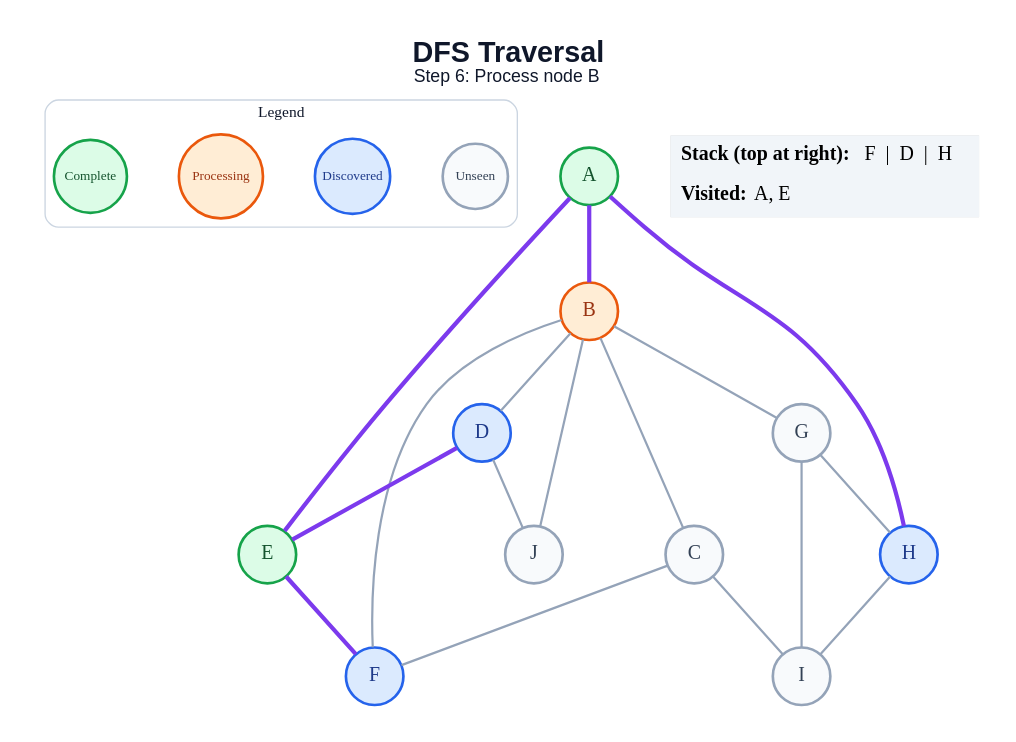
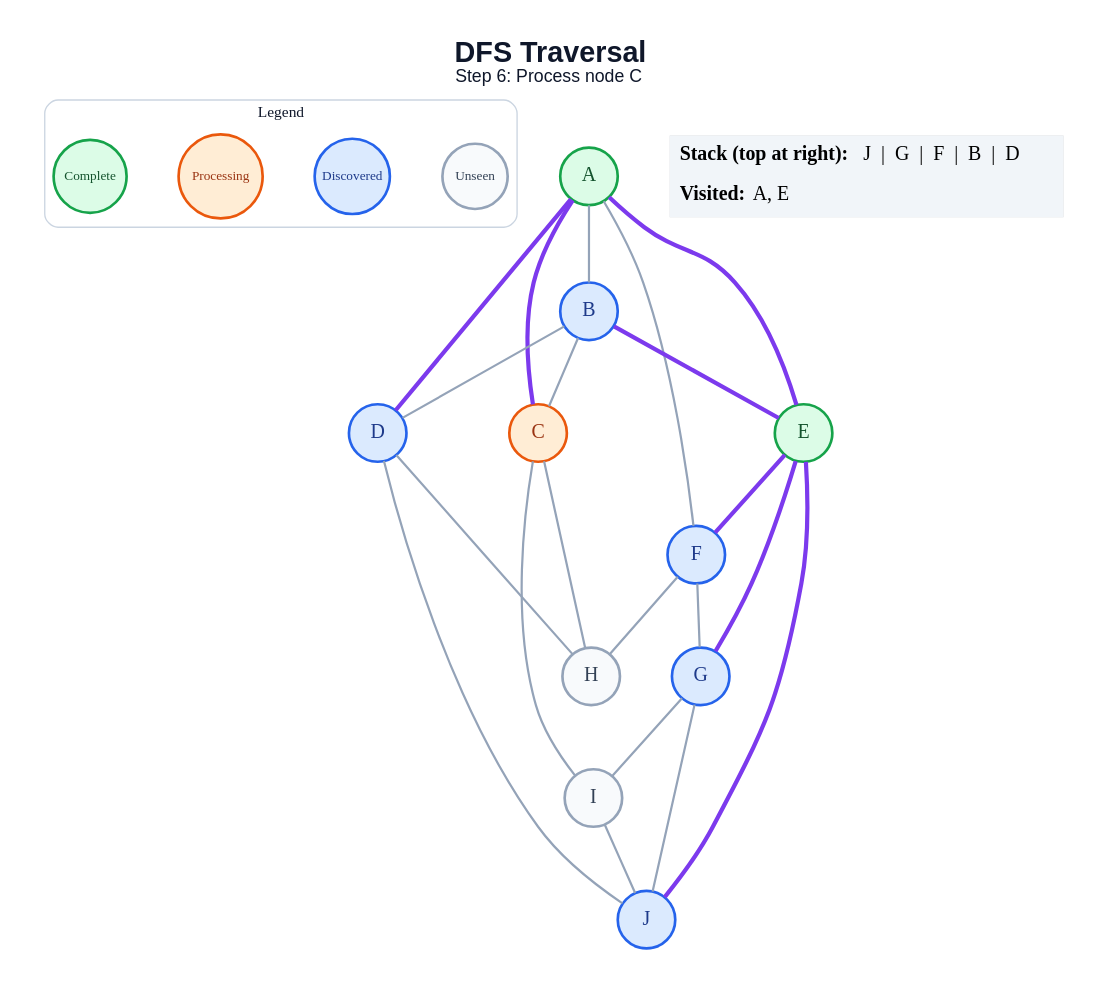
One commit to amanghodawala9/ai-slop changed the diagram in generated/specific-node/dfs/step_06.dot. Above: the diagram before and after it, drawn with Graphviz. The commit also changed 178 other files, not shown here.

```diff
--- a/generated/specific-node/dfs/step_06.dot
+++ b/generated/specific-node/dfs/step_06.dot
@@ -1,45 +1,49 @@
 graph traversal {
   graph [layout=dot, rankdir=TB, bgcolor="#FFFFFF", pad="0.35", nodesep="0.65", ranksep="0.8", fontname="Arial"];
   node [shape=circle, style="filled", fontname="Arial Bold", fontsize=18, width=0.72, fixedsize=true, penwidth=2.4];
   edge [color="#94A3B8", penwidth=2.0];
-  label=<<B>DFS Traversal</B><BR/><FONT POINT-SIZE="16">Step 6: Process node B</FONT>>; labelloc="t"; fontsize=26; fontname="Arial"; fontcolor="#0F172A";
+  label=<<B>DFS Traversal</B><BR/><FONT POINT-SIZE="16">Step 6: Process node C</FONT>>; labelloc="t"; fontsize=26; fontname="Arial"; fontcolor="#0F172A";
   subgraph cluster_legend { label="Legend"; color="#CBD5E1"; penwidth=1.2; style="rounded"; fontsize=14; fontname="Arial Bold";
     key_unseen [label="Unseen", fillcolor="#F8FAFC", color="#94A3B8", fontcolor="#334155", fontsize=12, width=0.82];
     key_frontier [label="Discovered", fillcolor="#DBEAFE", color="#2563EB", fontcolor="#1E3A8A", fontsize=12, width=0.95];
     key_current [label="Processing", fillcolor="#FFEDD5", color="#EA580C", fontcolor="#9A3412", fontsize=12, width=1.05];
     key_done [label="Complete", fillcolor="#DCFCE7", color="#16A34A", fontcolor="#14532D", fontsize=12, width=0.92];
     { rank=same; key_unseen; key_frontier; key_current; key_done; }
   }
   A [fillcolor="#DCFCE7", color="#16A34A", fontcolor="#14532D"];
-  B [fillcolor="#FFEDD5", color="#EA580C", fontcolor="#9A3412"];
-  C [fillcolor="#F8FAFC", color="#94A3B8", fontcolor="#334155"];
+  B [fillcolor="#DBEAFE", color="#2563EB", fontcolor="#1E3A8A"];
+  C [fillcolor="#FFEDD5", color="#EA580C", fontcolor="#9A3412"];
   D [fillcolor="#DBEAFE", color="#2563EB", fontcolor="#1E3A8A"];
   E [fillcolor="#DCFCE7", color="#16A34A", fontcolor="#14532D"];
   F [fillcolor="#DBEAFE", color="#2563EB", fontcolor="#1E3A8A"];
-  G [fillcolor="#F8FAFC", color="#94A3B8", fontcolor="#334155"];
-  H [fillcolor="#DBEAFE", color="#2563EB", fontcolor="#1E3A8A"];
+  G [fillcolor="#DBEAFE", color="#2563EB", fontcolor="#1E3A8A"];
+  H [fillcolor="#F8FAFC", color="#94A3B8", fontcolor="#334155"];
   I [fillcolor="#F8FAFC", color="#94A3B8", fontcolor="#334155"];
-  J [fillcolor="#F8FAFC", color="#94A3B8", fontcolor="#334155"];
-  A -- B [color="#7C3AED", penwidth=3.8];
+  J [fillcolor="#DBEAFE", color="#2563EB", fontcolor="#1E3A8A"];
+  A -- B;
+  A -- C [color="#7C3AED", penwidth=3.8];
+  A -- D [color="#7C3AED", penwidth=3.8];
   A -- E [color="#7C3AED", penwidth=3.8];
-  A -- H [color="#7C3AED", penwidth=3.8];
+  A -- F;
   B -- C;
   B -- D;
-  B -- F;
-  B -- G;
-  B -- J;
-  C -- F;
+  B -- E [color="#7C3AED", penwidth=3.8];
+  C -- H;
   C -- I;
-  D -- E [color="#7C3AED", penwidth=3.8];
+  D -- H;
   D -- J;
   E -- F [color="#7C3AED", penwidth=3.8];
-  G -- H;
+  E -- G [color="#7C3AED", penwidth=3.8];
+  E -- J [color="#7C3AED", penwidth=3.8];
+  F -- G;
+  F -- H;
   G -- I;
-  H -- I;
+  G -- J;
+  I -- J;
   status [shape=plain, fixedsize=false, width=0, height=0, margin=0, label=<
     <TABLE BORDER="0" CELLBORDER="0" CELLPADDING="7" BGCOLOR="#F1F5F9">
-      <TR><TD ALIGN="LEFT"><B>Stack (top at right):</B> F  |  D  |  H</TD></TR>
+      <TR><TD ALIGN="LEFT"><B>Stack (top at right):</B> J  |  G  |  F  |  B  |  D</TD></TR>
       <TR><TD ALIGN="LEFT"><B>Visited:</B> A, E</TD></TR>
     </TABLE>
   >];
 }
```
